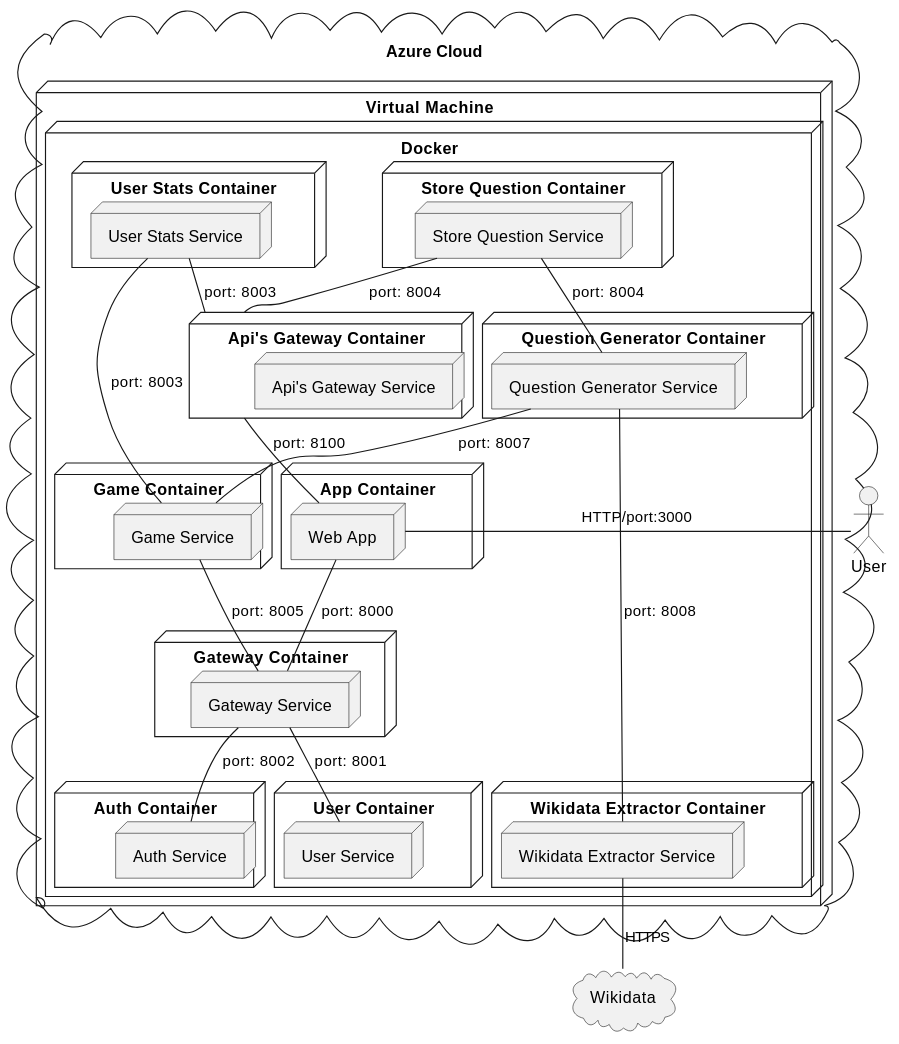
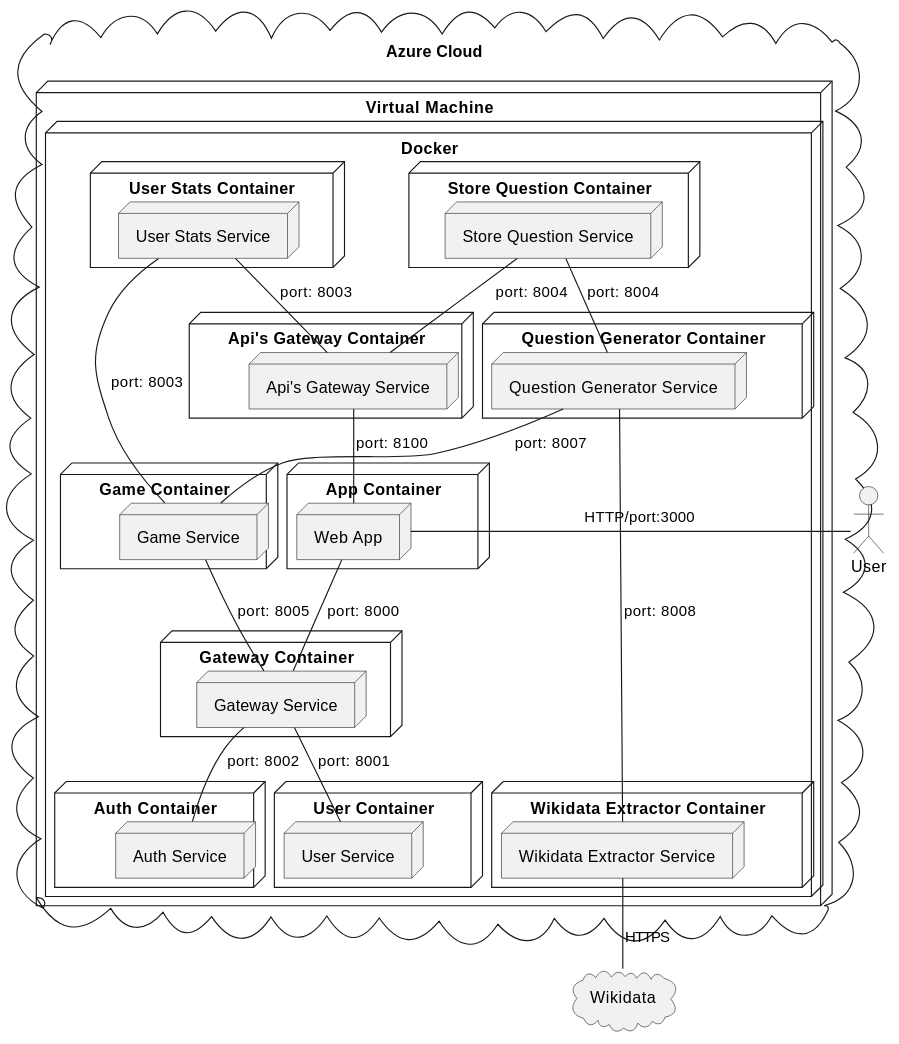
The diagram in docs/src/07_deployment_view.adoc (Arquisoft/wiq_es6c), drawn with PlantUML before and after one commit. The commit also changed 1 other file, not shown here.

Commit message:
Graphs updated

```diff
--- a/docs/src/07_deployment_view.adoc
+++ b/docs/src/07_deployment_view.adoc
@@ -9,66 +9,66 @@
 [plantuml,"Deployment View",png]
 ----
 !pragma layout smetana
 
 cloud "Azure Cloud\n" {
     node "Virtual Machine" {
         node "Docker" {
             node "App Container"{
                 node "Web App"
             }
             node "Gateway Container"{
                 node "Gateway Service"
             }
             node "User Container"{
                 node "User Service"
             }
             node "Auth Container"{
                 node "Auth Service"
             }
             node "Game Container"{
                 node "Game Service"
             }
             node "Store Question Container"{
                 node "Store Question Service"
             }
             node "User Stats Container\t"{
                 node "User Stats Service"
             }
             node "Question Generator Container"{
                 node "Question Generator Service"
             }
             node "Wikidata Extractor Container"{
                 node "Wikidata Extractor Service"
             }
             node "Api's Gateway Container"{
                 node "Api's Gateway Service"
             }
         }
     }
 }
 
 cloud "Wikidata"
 actor "User"
 
 
 "User" -left- "Web App" : "\t\tHTTP/port:3000\t\t"
 
 "Web App" -down- "Gateway Service" : "port: 8000"
 
-"Api's Gateway Container" -down- "Web App" : "port: 8100"
+"Api's Gateway Service" -down- "Web App" : "port: 8100"
 
 "Gateway Service" -down- "Auth Service" : "port: 8002"
 "Gateway Service" -down- "User Service" : "port: 8001"
 "Gateway Service" -left- "Game Service"  : "port: 8005"
 
 "User Stats Service" -down- "Game Service" : "port: 8003"
 
-"User Stats Service" -- "Api's Gateway Container" : "port: 8003"
-"Store Question Service" -- "Api's Gateway Container" : " port: 8004"
+"User Stats Service" -- "Api's Gateway Service" : "port: 8003"
+"Store Question Service" -- "Api's Gateway Service" : " port: 8004"
 
 "Store Question Service" -down- "Question Generator Service" : "port: 8004"
 "Question Generator Service" -down--- "Wikidata Extractor Service" : "port: 8008"
 "Question Generator Service" -down- "Game Service" : "port: 8007"
 
 "Wikidata Extractor Service" -down- "Wikidata" : "HTTPS"
 ----
```
